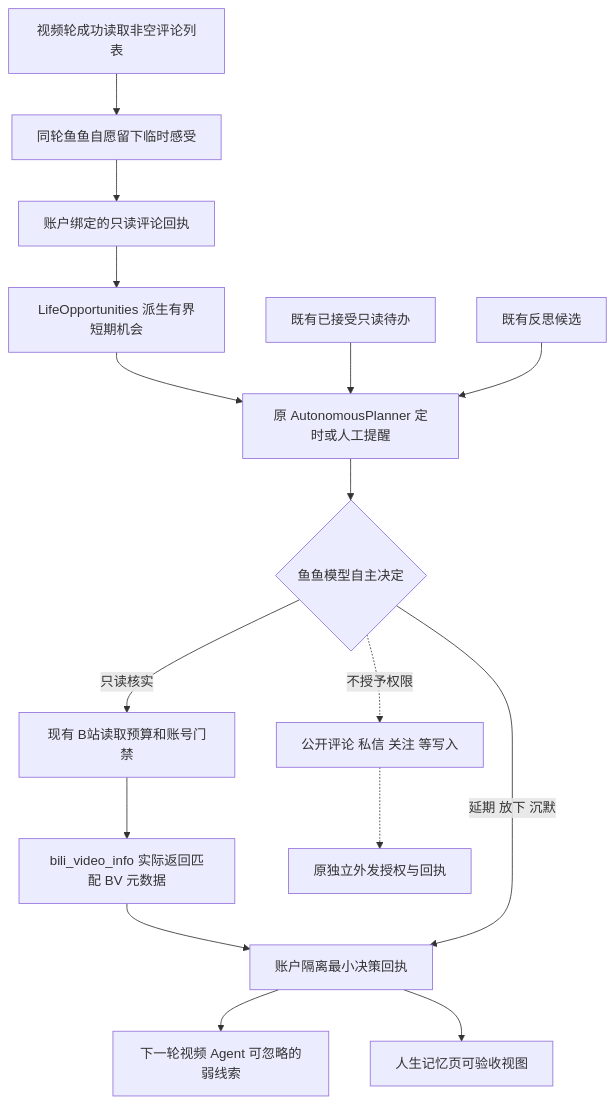
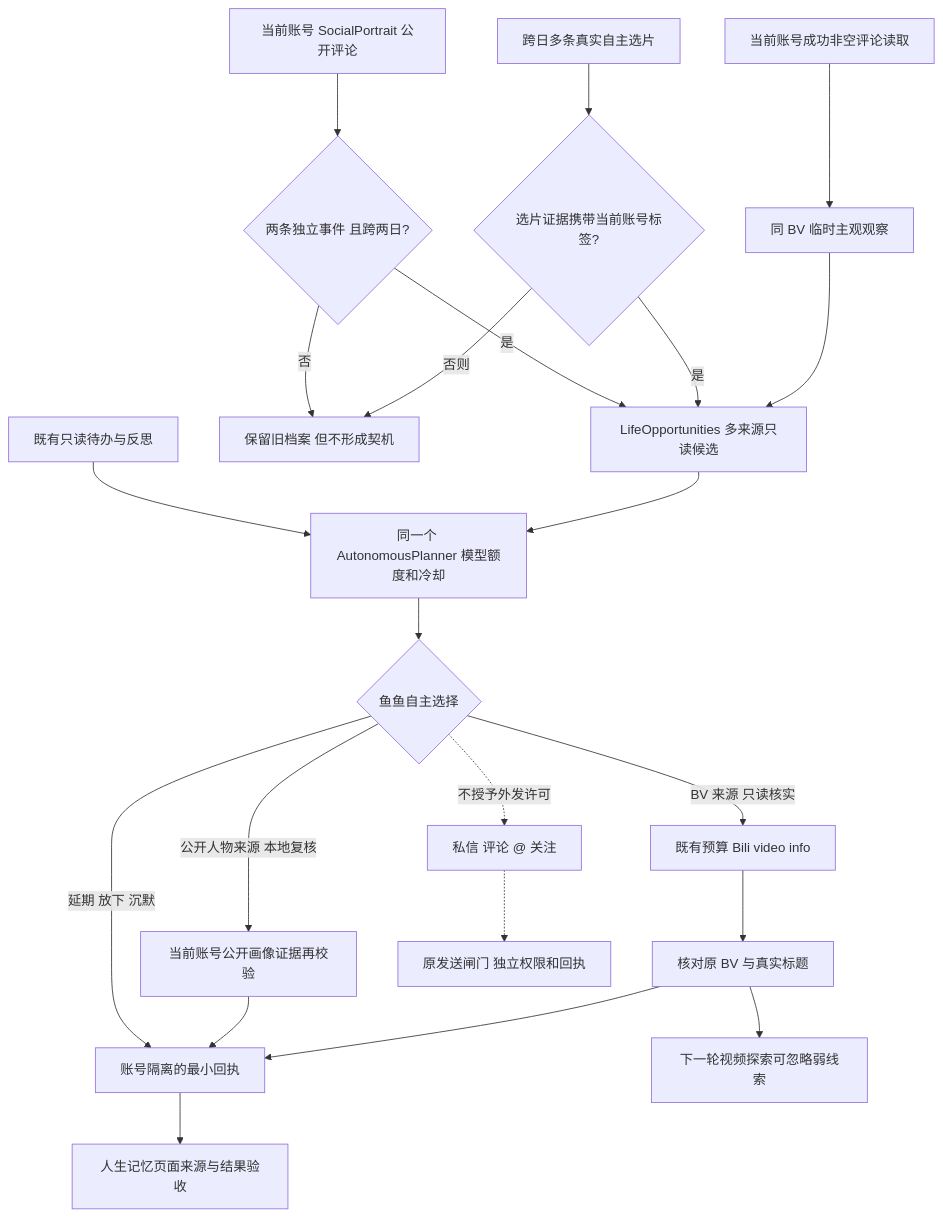
Before and after one commit to minedalang/dsh-dafeiyu-life: the diagram in docs/architecture/diagrams/2.7.1-dev3-life-opportunities-live.mmd, drawn with Mermaid. The commit also changed 15 other files, not shown here.

```diff
--- a/docs/architecture/diagrams/2.7.1-dev3-life-opportunities-live.mmd
+++ b/docs/architecture/diagrams/2.7.1-dev3-life-opportunities-live.mmd
@@ -1,16 +1,22 @@
 flowchart TD
-  A[视频轮成功读取非空评论列表] --> B[同轮鱼鱼自愿留下临时感受]
-  B --> C[账户绑定的只读评论回执]
-  C --> D[LifeOpportunities 派生有界短期机会]
-  D --> E[原 AutonomousPlanner 定时或人工提醒]
-  T[既有已接受只读待办] --> E
-  R[既有反思候选] --> E
-  E --> F{鱼鱼模型自主决定}
-  F -->|只读核实| G[现有 B站读取预算和账号门禁]
-  G --> H[bili_video_info 实际返回匹配 BV 元数据]
-  H --> I[账户隔离最小决策回执]
-  I --> J[下一轮视频 Agent 可忽略的弱线索]
+  A[当前账号成功非空评论读取] --> B[同 BV 临时主观观察]
+  B --> D[LifeOpportunities 多来源只读候选]
+  C[跨日多条真实自主选片] --> C1{选片证据携带当前账号标签?}
+  C1 -->|是| D
+  C1 -->|否则| X[保留旧档案 但不形成契机]
+  P[当前账号 SocialPortrait 公开评论] --> P1{两条独立事件 且跨两日?}
+  P1 -->|是| D
+  P1 -->|否| X
+  D --> E[同一个 AutonomousPlanner 模型额度和冷却]
+  T[既有只读待办与反思] --> E
+  E --> F{鱼鱼自主选择}
+  F -->|BV 来源 只读核实| G[既有预算 Bili video info]
+  G --> H[核对原 BV 与真实标题]
+  H --> I[账号隔离的最小回执]
+  F -->|公开人物来源 本地复核| J[当前账号公开画像证据再校验]
+  J --> I
   F -->|延期 放下 沉默| I
-  I --> K[人生记忆页可验收视图]
-  U[公开评论 私信 关注 等写入] -.-> V[原独立外发授权与回执]
-  F -.->|不授予权限| U
+  I --> K[人生记忆页面来源与结果验收]
+  H --> L[下一轮视频探索可忽略弱线索]
+  S[私信 评论 @ 关注] -.-> M[原发送闸门 独立权限和回执]
+  F -.->|不授予外发许可| S
```
